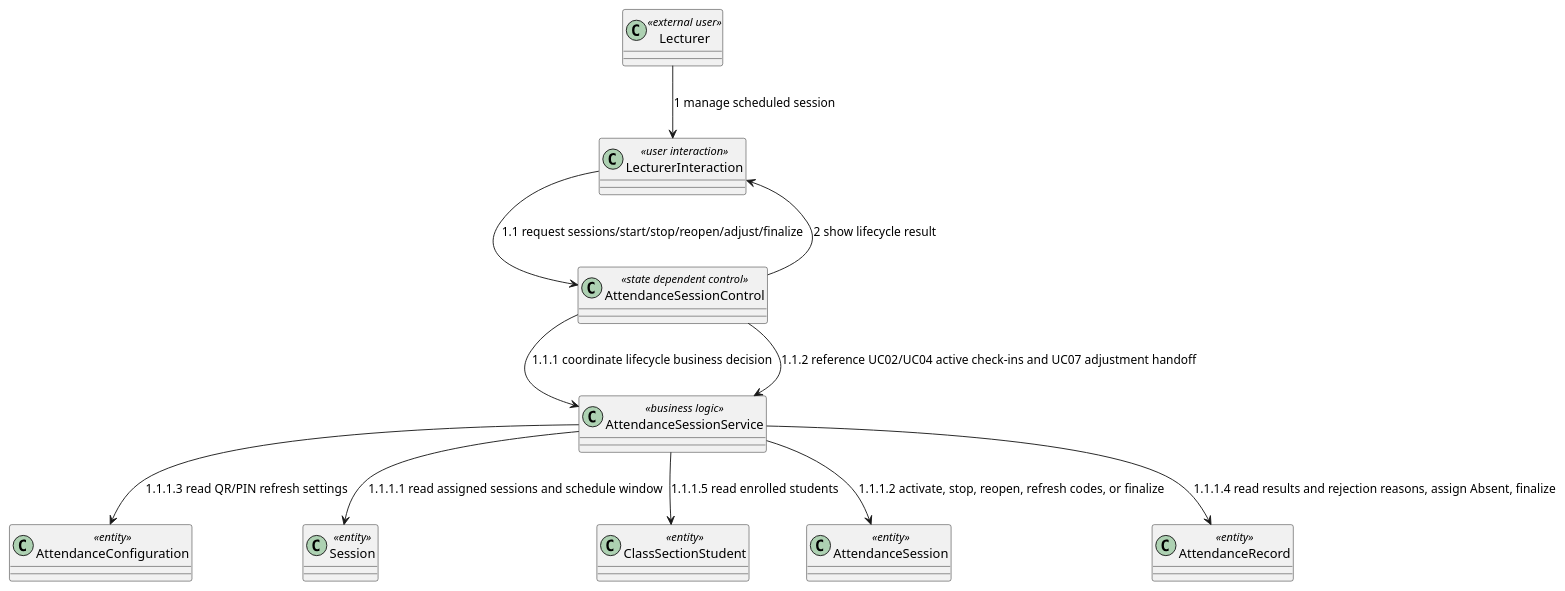
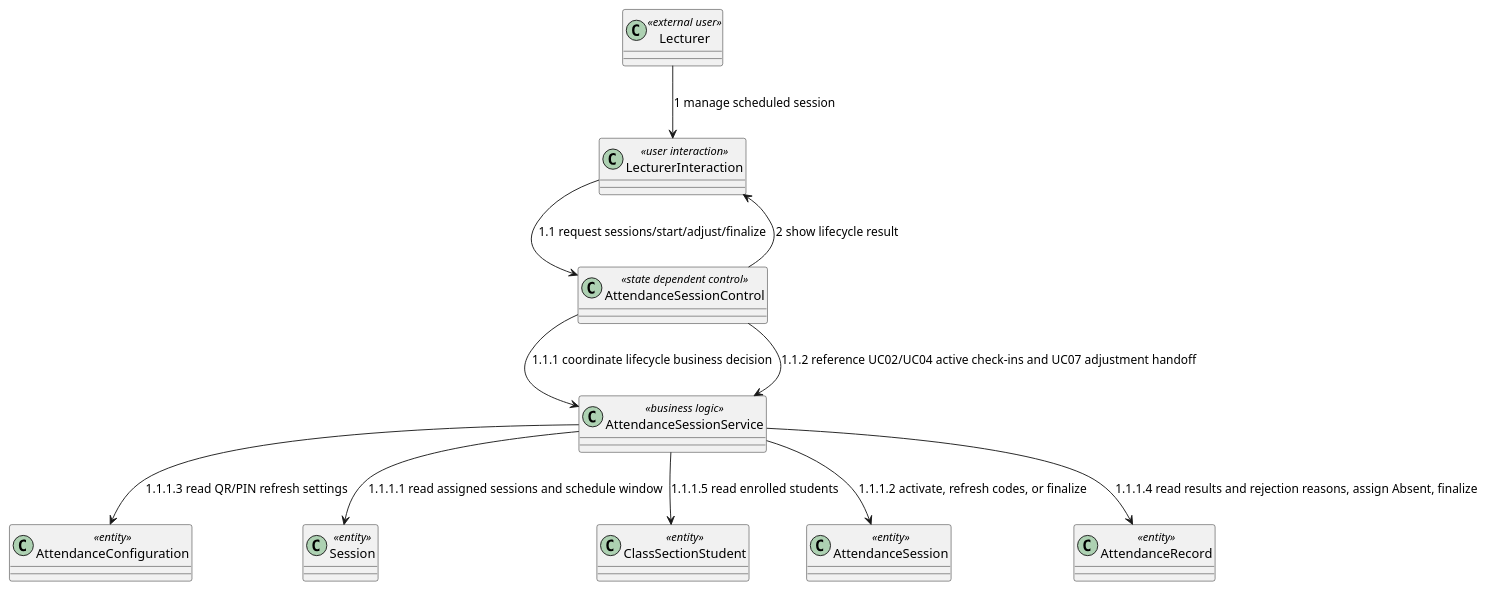
Before and after one commit to nttung42/SWD392: diagram 16 of 28 in docs/rds/2_Analysis.md, drawn with PlantUML. The commit also changed other lines of this file and 3 other files, not shown here.

````diff
--- a/docs/rds/2_Analysis.md
+++ b/docs/rds/2_Analysis.md
@@ -813,24 +758,24 @@
 ```plantuml
 @startuml
 class "Lecturer" as Lecturer <<external user>>
 class "LecturerInteraction" as LecturerUI <<user interaction>>
 class "AttendanceSessionControl" as SessionControl <<state dependent control>>
 class "AttendanceSessionService" as SessionRules <<business logic>>
 class "AttendanceConfiguration" as AttendanceConfig <<entity>>
 class "Session" as Session <<entity>>
 class "ClassSectionStudent" as ClassSectionStudent <<entity>>
 class "AttendanceSession" as AttendanceSession <<entity>>
 class "AttendanceRecord" as AttendanceRecord <<entity>>
 
 Lecturer --> LecturerUI : 1 manage scheduled session
-LecturerUI --> SessionControl : 1.1 request sessions/start/stop/reopen/adjust/finalize
+LecturerUI --> SessionControl : 1.1 request sessions/start/adjust/finalize
 SessionControl --> SessionRules : 1.1.1 coordinate lifecycle business decision
 SessionRules --> Session : 1.1.1.1 read assigned sessions and schedule window
-SessionRules --> AttendanceSession : 1.1.1.2 activate, stop, reopen, refresh codes, or finalize
+SessionRules --> AttendanceSession : 1.1.1.2 activate, refresh codes, or finalize
 SessionRules --> AttendanceConfig : 1.1.1.3 read QR/PIN refresh settings
 SessionRules --> AttendanceRecord : 1.1.1.4 read results and rejection reasons, assign Absent, finalize
 SessionRules --> ClassSectionStudent : 1.1.1.5 read enrolled students
 SessionControl --> SessionRules : 1.1.2 reference UC02/UC04 active check-ins and UC07 adjustment handoff
 SessionControl --> LecturerUI : 2 show lifecycle result
 @enduml
 ```
````
